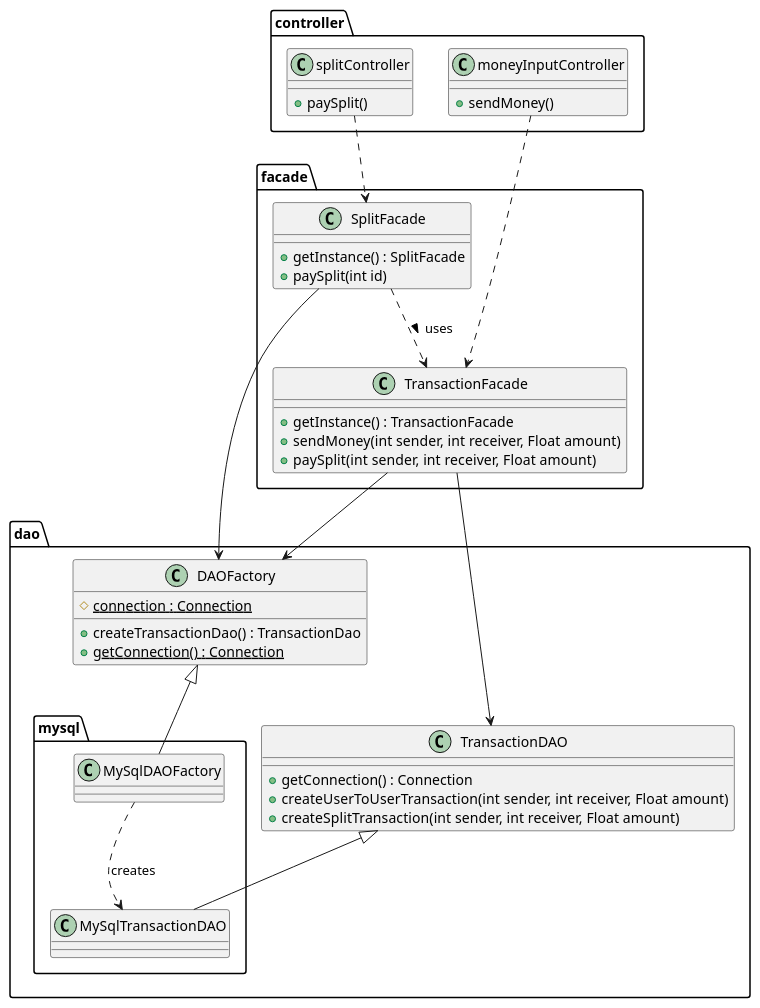
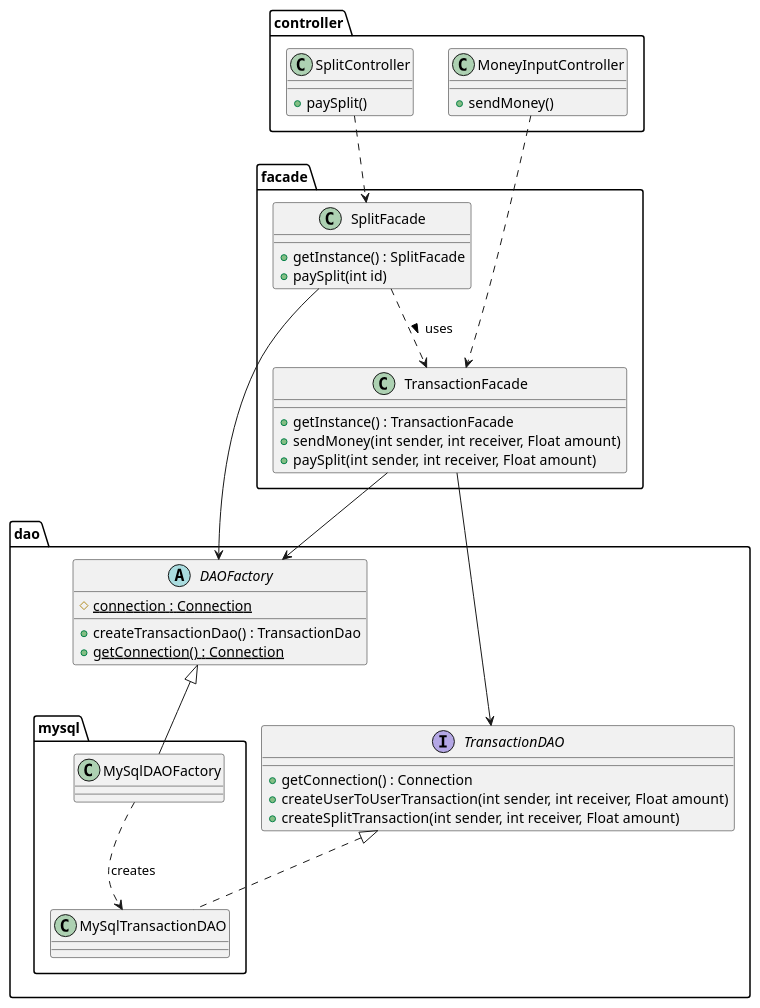
One commit to Julien-Wiegandt/SplitPay changed the diagram in documentation/software_design/make_payment/make_payment_class_diagram.puml. Above: the diagram before and after it, drawn with PlantUML. The commit also changed 28 other files, not shown here.

Commit message:
diagrams updated (DAO -> interface, DAOFactory -> abstract)...

```diff
--- a/documentation/software_design/make_payment/make_payment_class_diagram.puml
+++ b/documentation/software_design/make_payment/make_payment_class_diagram.puml
@@ -1,63 +1,63 @@
 @startuml make_payment
 
 package controller <<Folder>> {
-  class moneyInputController {
+  class MoneyInputController {
     +sendMoney()
   }
-  class splitController {
+  class SplitController {
     +paySplit()
   }
 }
 
 package facade <<Folder>> {
   class TransactionFacade {
     +getInstance() : TransactionFacade
     +sendMoney(int sender, int receiver, Float amount)
     +paySplit(int sender, int receiver, Float amount)
   }
 
   class SplitFacade {
       +getInstance() : SplitFacade
       +paySplit(int id)
     }
 
   SplitFacade ..> TransactionFacade : uses >
 }
 
 
 package dao <<Folder>> {
-  class DAOFactory {
+  abstract class DAOFactory {
     #{static}connection : Connection
     +createTransactionDao() : TransactionDao
     +{static}getConnection() : Connection
   }
 
   package mysql <<Folder>> {
     class MySqlDAOFactory {}
     class MySqlTransactionDAO {}
     MySqlDAOFactory .down.> MySqlTransactionDAO : creates
   }
 
-  class TransactionDAO {
+  interface TransactionDAO {
     +getConnection() : Connection
     +createUserToUserTransaction(int sender, int receiver, Float amount)
     +createSplitTransaction(int sender, int receiver, Float amount)
   }
 
 
 
   DAOFactory <|-- MySqlDAOFactory
-  TransactionDAO <|-- MySqlTransactionDAO
+  TransactionDAO <|.. MySqlTransactionDAO
 
 
 }
 
-moneyInputController .down.> TransactionFacade
-splitController .down.> SplitFacade
+MoneyInputController .down.> TransactionFacade
+SplitController .down.> SplitFacade
 
 TransactionFacade -down-> DAOFactory
 TransactionFacade --> TransactionDAO
 
 SplitFacade -down-> DAOFactory
 
 @enduml
```
